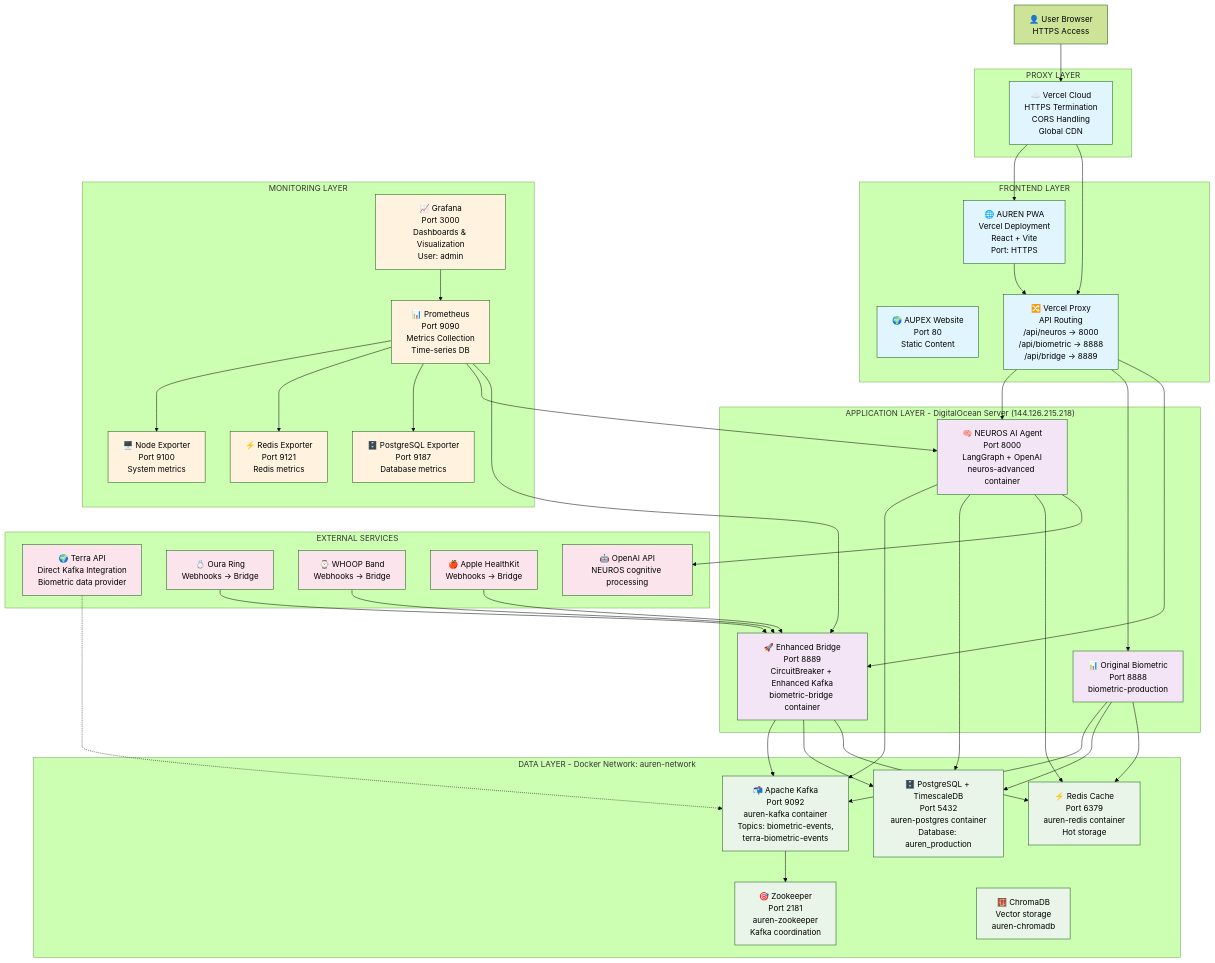
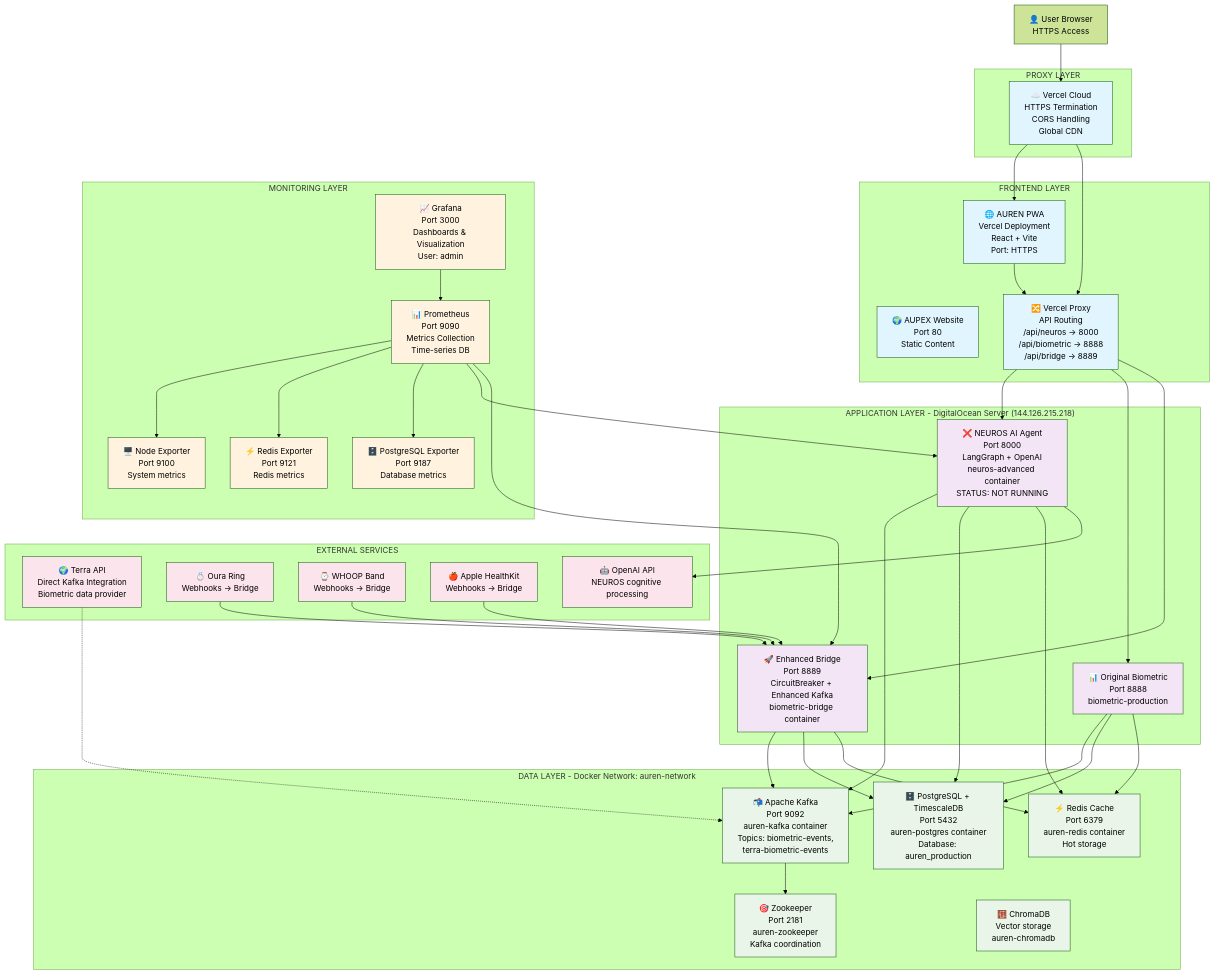
Before and after one commit to ASTXRTYS/Crewaistudio: the diagram in AUREN_COMPLETE_SYSTEM_REFERENCE/README.md, drawn with Mermaid (forest theme). The commit also changed other lines of this file and 5 other files, not shown here.

```diff
--- a/AUREN_COMPLETE_SYSTEM_REFERENCE/README.md
+++ b/AUREN_COMPLETE_SYSTEM_REFERENCE/README.md
@@ -39,7 +40,7 @@
 
     %% Application Layer
     subgraph "APPLICATION LAYER - DigitalOcean Server (144.126.215.218)"
-        NEUROS["🧠 NEUROS AI Agent<br/>Port 8000<br/>LangGraph + OpenAI<br/>neuros-advanced container"]
+        NEUROS["❌ NEUROS AI Agent<br/>Port 8000<br/>LangGraph + OpenAI<br/>neuros-advanced container<br/>STATUS: NOT RUNNING"]
         BIOMETRIC_ORIG["📊 Original Biometric<br/>Port 8888<br/>biometric-production"]
         BIOMETRIC_ENH["🚀 Enhanced Bridge<br/>Port 8889<br/>CircuitBreaker + Enhanced Kafka<br/>biometric-bridge container"]
     end
```
